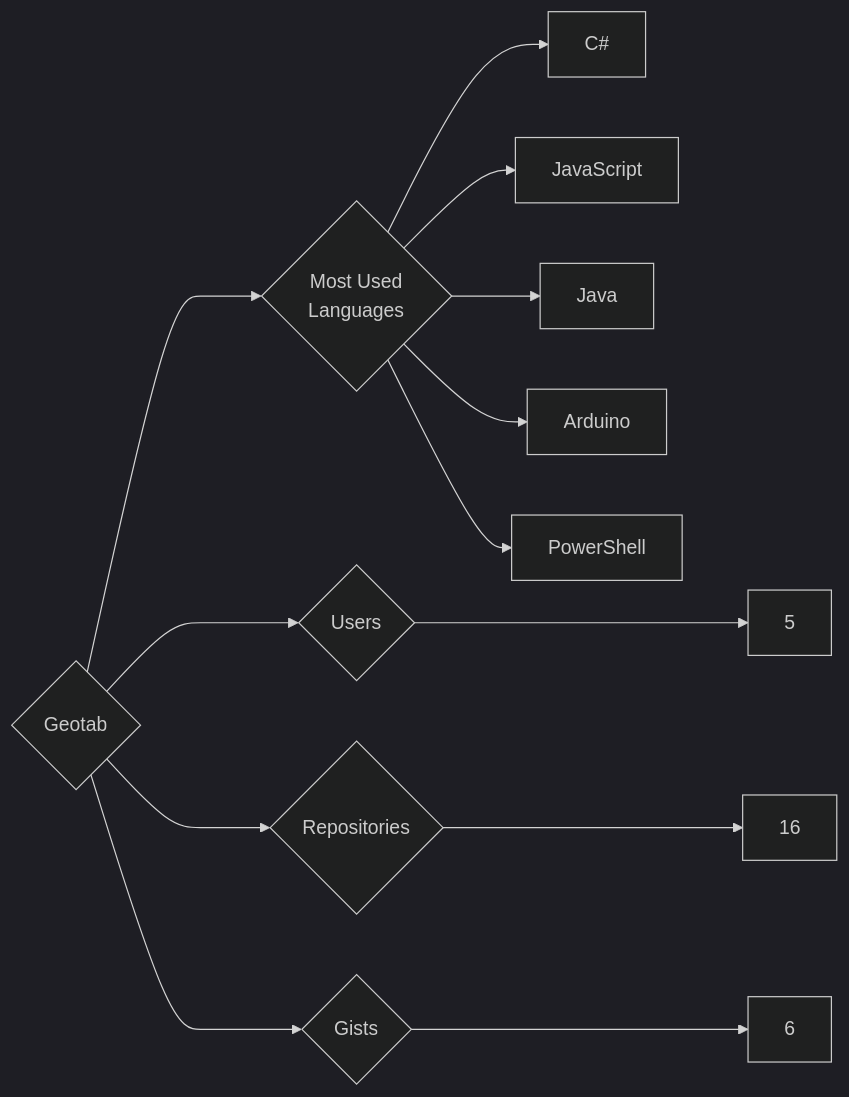
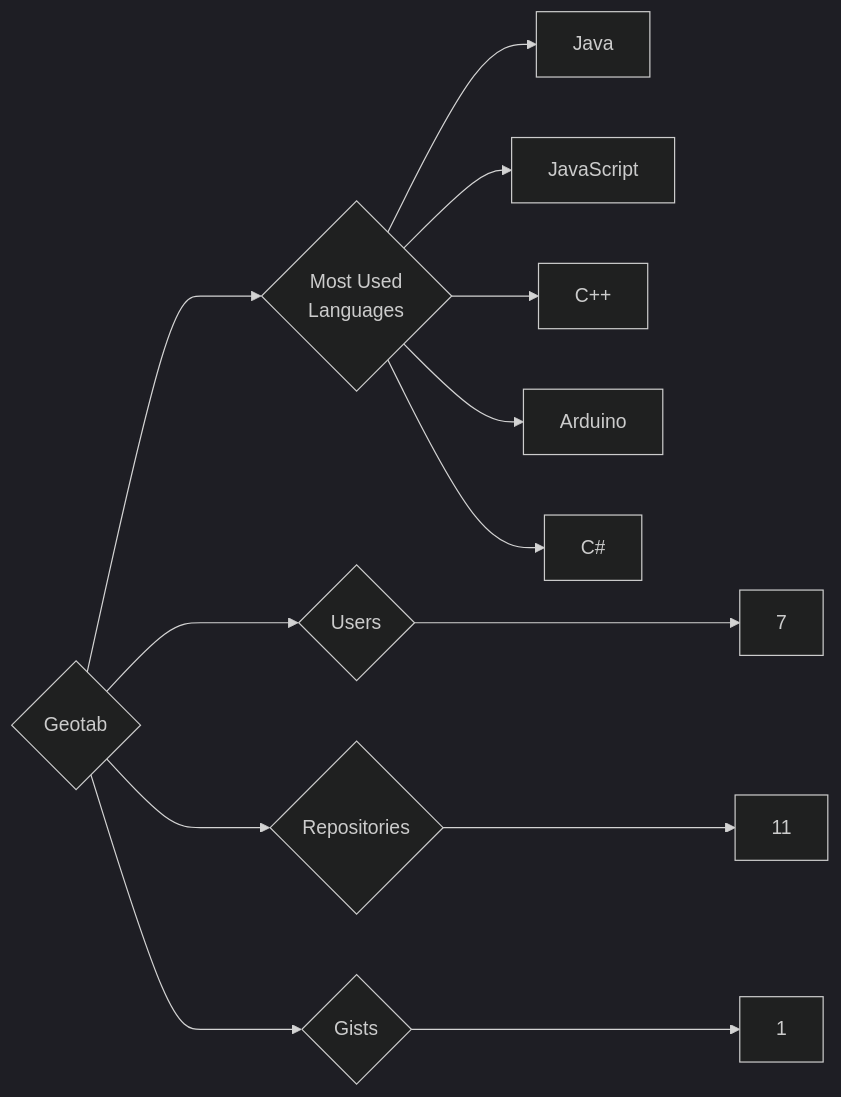
The diagram in targets/Geotab/README.md (trickest/insiders), drawn with Mermaid (dark theme) before and after one commit. The commit also changed 1141 other files, not shown here.

````diff
--- a/targets/Geotab/README.md
+++ b/targets/Geotab/README.md
@@ -3,13 +3,13 @@
 ```mermaid
 graph LR
 COMPANY_NAME{Geotab}
-COMPANY_NAME ---> U{Users} ---> UN[5]
-COMPANY_NAME ---> R{Repositories} ---> RN[16]
-COMPANY_NAME ---> G{Gists} ---> GN[6]
+COMPANY_NAME ---> U{Users} ---> UN[7]
+COMPANY_NAME ---> R{Repositories} ---> RN[11]
+COMPANY_NAME ---> G{Gists} ---> GN[1]
 COMPANY_NAME ---> ML{Most Used<br>Languages}
+ML --> Java[Java]
+ML --> JavaScript[JavaScript]
+ML --> C++[C++]
+ML --> Arduino[Arduino]
 ML --> C#[C#]
-ML --> JavaScript[JavaScript]
-ML --> Java[Java]
-ML --> Arduino[Arduino]
-ML --> PowerShell[PowerShell]
 ```
````
